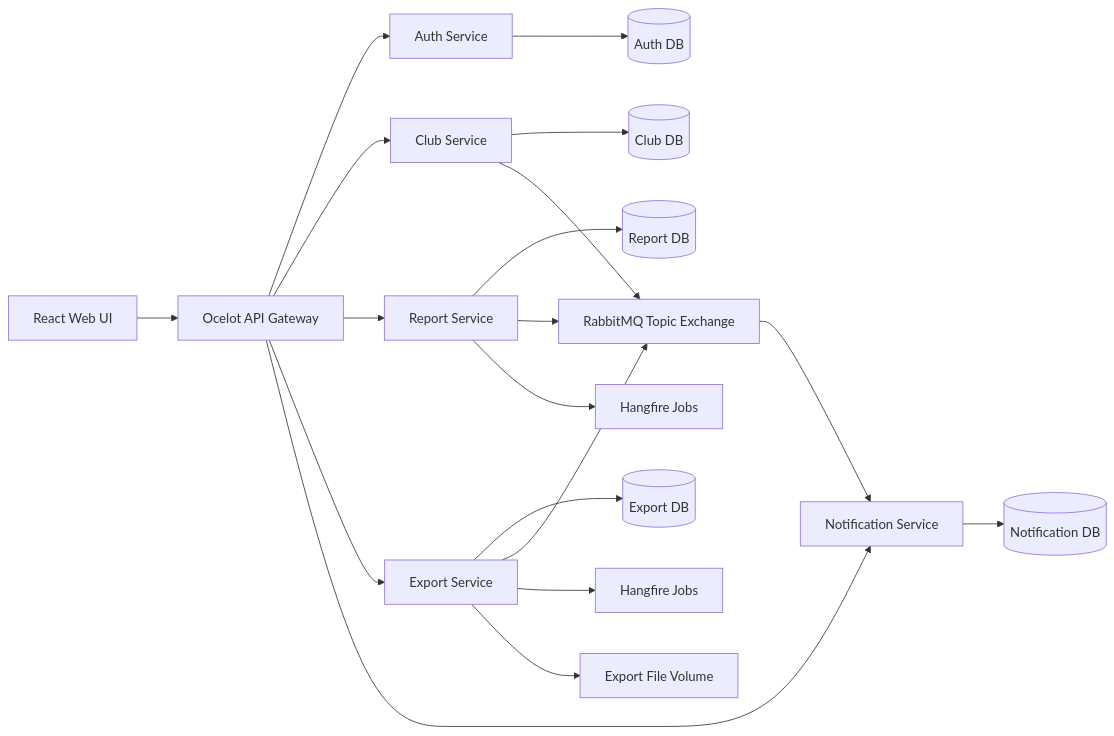
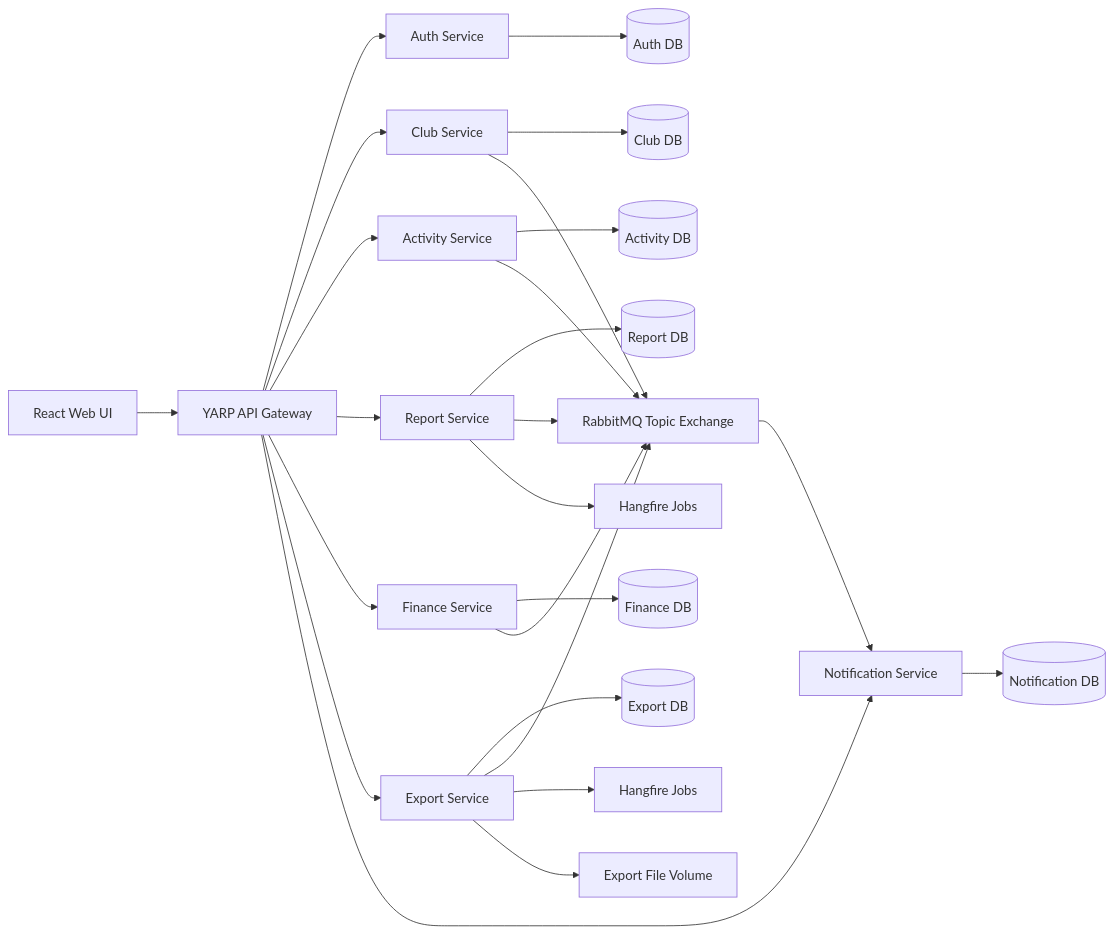
Before and after one commit to Kenfiz123/PRN232_PROJECT: the first of 4 diagrams in docs/ARCHITECTURE.md, drawn with Mermaid. The commit also changed other lines of this file and 51 other files, not shown here.

````diff
--- a/docs/ARCHITECTURE.md
+++ b/docs/ARCHITECTURE.md
@@ -5,21 +5,27 @@
 ```mermaid
 flowchart LR
-    Browser["React Web UI"] --> Gateway["Ocelot API Gateway"]
+    Browser["React Web UI"] --> Gateway["YARP API Gateway"]
     Gateway --> Auth["Auth Service"]
     Gateway --> Club["Club Service"]
+    Gateway --> Activity["Activity Service"]
     Gateway --> Report["Report Service"]
+    Gateway --> Finance["Finance Service"]
     Gateway --> Export["Export Service"]
     Gateway --> Notify["Notification Service"]
     Auth --> AuthDb[("Auth DB")]
     Club --> ClubDb[("Club DB")]
+    Activity --> ActivityDb[("Activity DB")]
     Report --> ReportDb[("Report DB")]
+    Finance --> FinanceDb[("Finance DB")]
     Export --> ExportDb[("Export DB")]
     Notify --> NotifyDb[("Notification DB")]
     Club --> Rabbit["RabbitMQ Topic Exchange"]
+    Activity --> Rabbit
     Report --> Rabbit
+    Finance --> Rabbit
     Export --> Rabbit
     Rabbit --> Notify
     Report --> HangfireReport["Hangfire Jobs"]
     Export --> HangfireExport["Hangfire Jobs"]
     Export --> Files["Export File Volume"]
 ```
````
